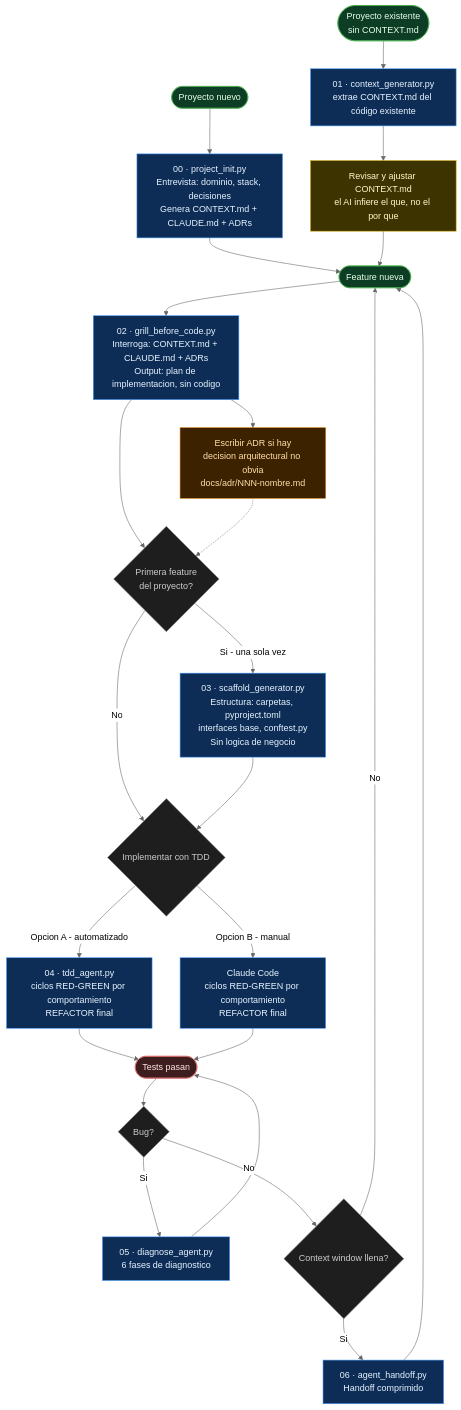
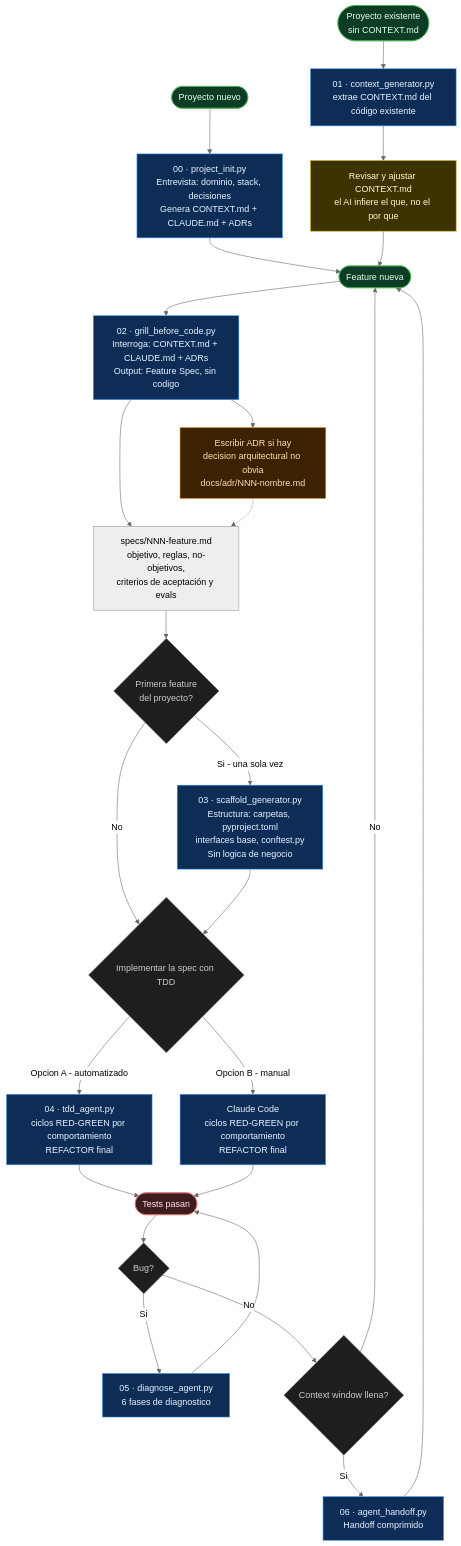
The diagram in module-00-developer-workflow/README.md (ricdex/ai-agentic), drawn with Mermaid (neutral theme) before and after one commit. The commit also changed other lines of this file and 80 other files, not shown here.

````diff
--- a/module-00-developer-workflow/README.md
+++ b/module-00-developer-workflow/README.md
@@ -30,46 +41,47 @@
 ```mermaid
 flowchart TD
     GF([Proyecto nuevo]) --> INIT["00 · project_init.py<br/>Entrevista: dominio, stack, decisiones<br/>Genera CONTEXT.md + CLAUDE.md + ADRs"]
     INIT --> Feature
 
     BF(["Proyecto existente<br/>sin CONTEXT.md"]) --> CTX["01 · context_generator.py<br/>extrae CONTEXT.md del código existente"]
     CTX --> Rev["Revisar y ajustar CONTEXT.md<br/>el AI infiere el que, no el por que"]
     Rev --> Feature
 
-    Feature([Feature nueva]) --> Grill["02 · grill_before_code.py<br/>Interroga: CONTEXT.md + CLAUDE.md + ADRs<br/>Output: plan de implementacion, sin codigo"]
+    Feature([Feature nueva]) --> Grill["02 · grill_before_code.py<br/>Interroga: CONTEXT.md + CLAUDE.md + ADRs<br/>Output: Feature Spec, sin codigo"]
 
     Grill --> ADR["Escribir ADR si hay<br/>decision arquitectural no obvia<br/>docs/adr/NNN-nombre.md"]
-    Grill --> First{"Primera feature<br/>del proyecto?"}
-    ADR -.-> First
+    Grill --> Spec["specs/NNN-feature.md<br/>objetivo, reglas, no-objetivos,<br/>criterios de aceptación y evals"]
+    Spec --> First{"Primera feature<br/>del proyecto?"}
+    ADR -.-> Spec
 
     First -->|Si - una sola vez| Scaffold["03 · scaffold_generator.py<br/>Estructura: carpetas, pyproject.toml<br/>interfaces base, conftest.py<br/>Sin logica de negocio"]
-    First -->|No| TDD{"Implementar con TDD"}
+    First -->|No| TDD{"Implementar la spec con TDD"}
     Scaffold --> TDD
 
     TDD -->|Opcion A - automatizado| A["04 · tdd_agent.py<br/>ciclos RED-GREEN por comportamiento<br/>REFACTOR final"]
     TDD -->|Opcion B - manual| B["Claude Code<br/>ciclos RED-GREEN por comportamiento<br/>REFACTOR final"]
 
     A & B --> OK([Tests pasan])
 
     OK --> BugQ{Bug?}
     BugQ -->|Si| Diag["05 · diagnose_agent.py<br/>6 fases de diagnostico"]
     Diag --> OK
     BugQ -->|No| CtxQ{"Context window llena?"}
     CtxQ -->|Si| HO["06 · agent_handoff.py<br/>Handoff comprimido"]
     HO --> Feature
     CtxQ -->|No| Feature
 
     classDef agent fill:#0d2d57,stroke:#4a9eff,color:#e8f4ff
     classDef gate fill:#1e1e1e,stroke:#888,color:#ccc
     classDef entry fill:#0d3d25,stroke:#4caf50,color:#e8ffe8
     classDef ok fill:#3d1d1d,stroke:#e07070,color:#ffe8e8
     classDef doc fill:#3d3300,stroke:#cca800,color:#fff8cc
     classDef adr fill:#3d2200,stroke:#cc7700,color:#ffe0aa
 
     class INIT,Grill,CTX,Scaffold,A,B,Diag,HO agent
     class First,TDD,BugQ,CtxQ gate
     class GF,BF,Feature entry
     class OK ok
     class WC,WCL,Rev doc
     class ADR adr
 ```
````
